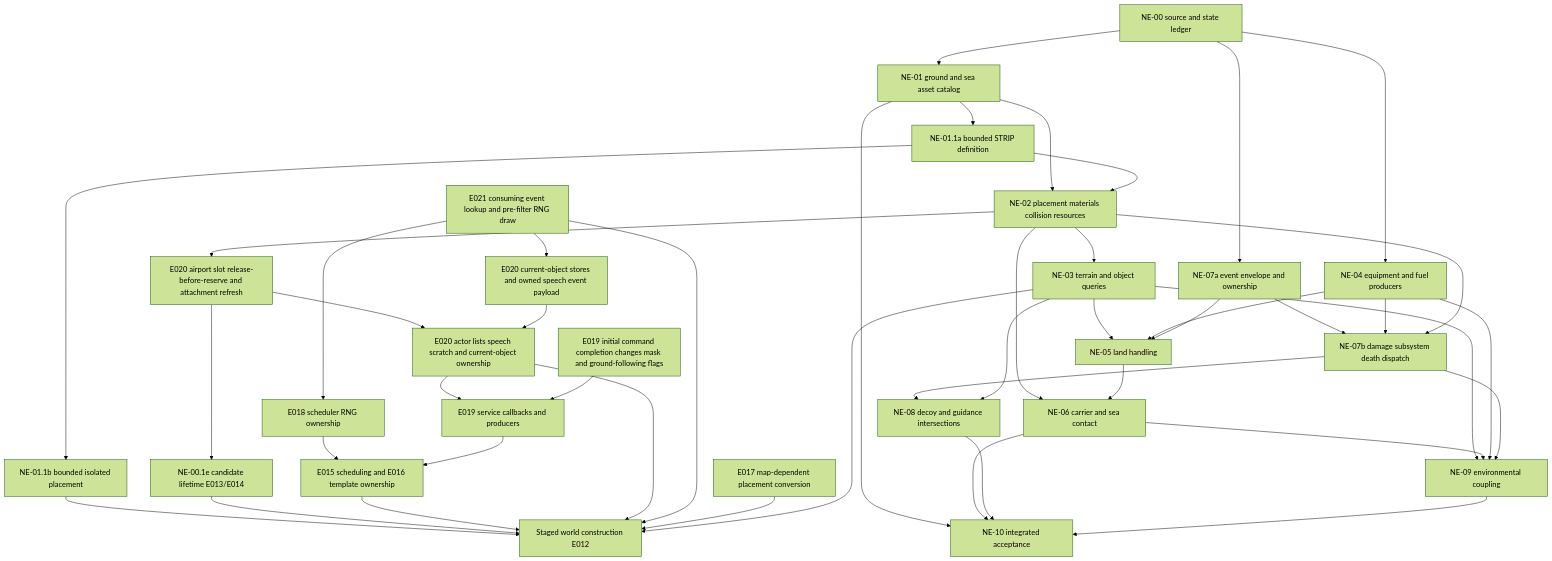
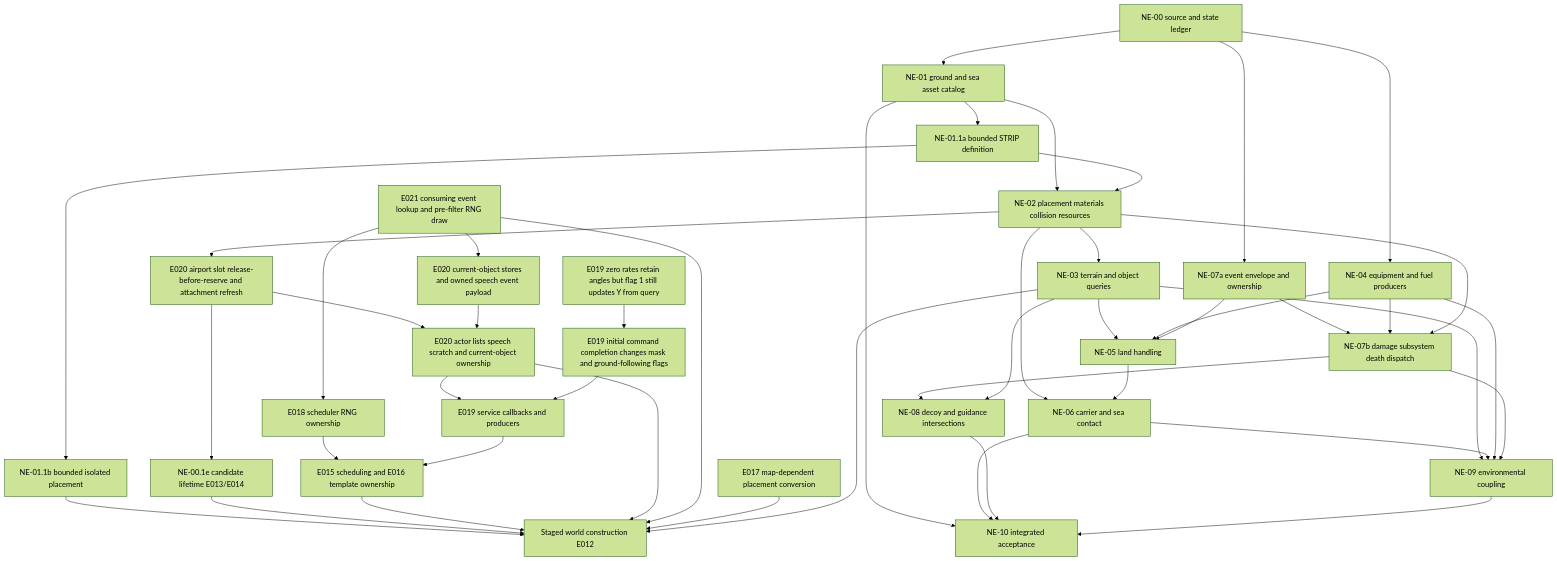
The diagram in docs/native-environment-systems-plan.md (john-overton/T.O.R.E-Fighters), drawn with Mermaid (forest theme) before and after one commit. The commit also changed other lines of this file and 5 other files, not shown here.

````diff
--- a/docs/native-environment-systems-plan.md
+++ b/docs/native-environment-systems-plan.md
@@ -175,46 +176,47 @@
 ```mermaid
 flowchart TD
   A[NE-00 source and state ledger] --> B[NE-01 ground and sea asset catalog]
   B --> C[NE-02 placement materials collision resources]
   B --> O[NE-01.1a bounded STRIP definition]
   O --> Q[NE-01.1b bounded isolated placement]
   Q --> W
   O --> C
   C --> S[NE-00.1d STRIP metadata]
   S --> R[NE-00.1e candidate lifetime E013/E014]
   R --> W[Staged world construction E012]
   T[E015 scheduling and E016 template ownership] --> W
   U[E018 scheduler RNG ownership] --> T
   P[E019 service callbacks and producers] --> T
   Y[E020 actor lists speech scratch and current-object ownership] --> P
   Y --> W
   S[E020 airport slot release-before-reserve and attachment refresh] --> Y
   Z[E020 current-object stores and owned speech event payload] --> Y
   EE[E021 consuming event lookup and pre-filter RNG draw] --> Z
   EE --> U
   EE --> W
   CC[E019 initial command completion changes mask and ground-following flags] --> P
+  CM[E019 zero rates retain angles but flag 1 still updates Y from query] --> CC
   V[E017 map-dependent placement conversion] --> W
   F --> W
   A --> D[NE-04 equipment and fuel producers]
   A --> E[NE-07a event envelope and ownership]
   C --> F[NE-03 terrain and object queries]
   F --> G[NE-05 land handling]
   D --> G
   E --> G
   C --> H[NE-06 carrier and sea contact]
   G --> H
   E --> I[NE-07b damage subsystem death dispatch]
   D --> I
   C --> I
   I --> J[NE-08 decoy and guidance intersections]
   F --> J
   F --> K[NE-09 environmental coupling]
   H --> K
   D --> K
   I --> K
   B --> L[NE-10 integrated acceptance]
   H --> L
   J --> L
   K --> L
 ```
````
